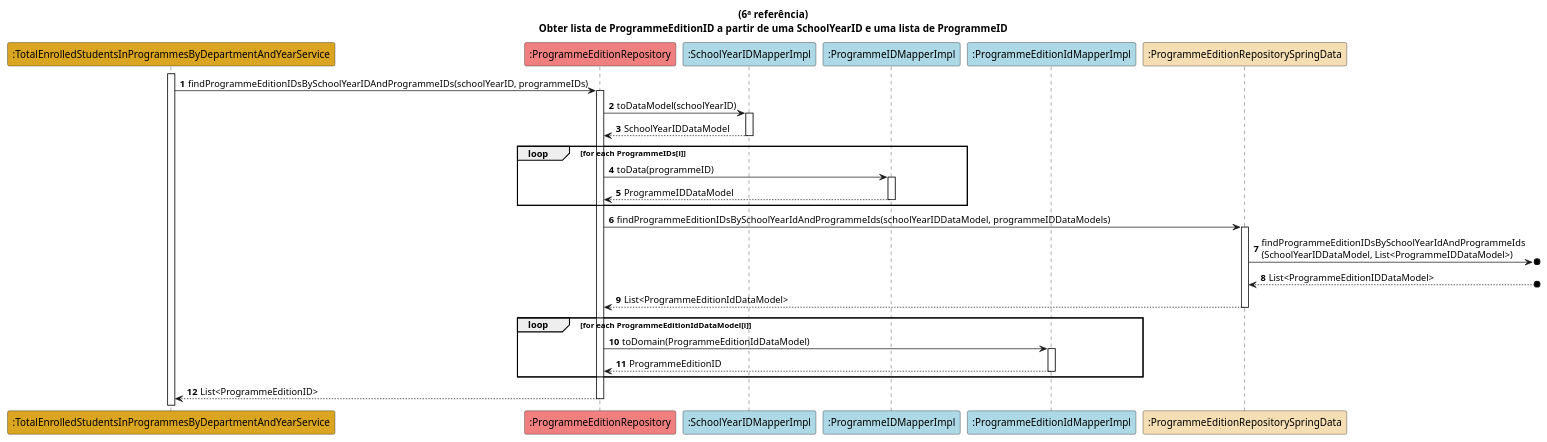
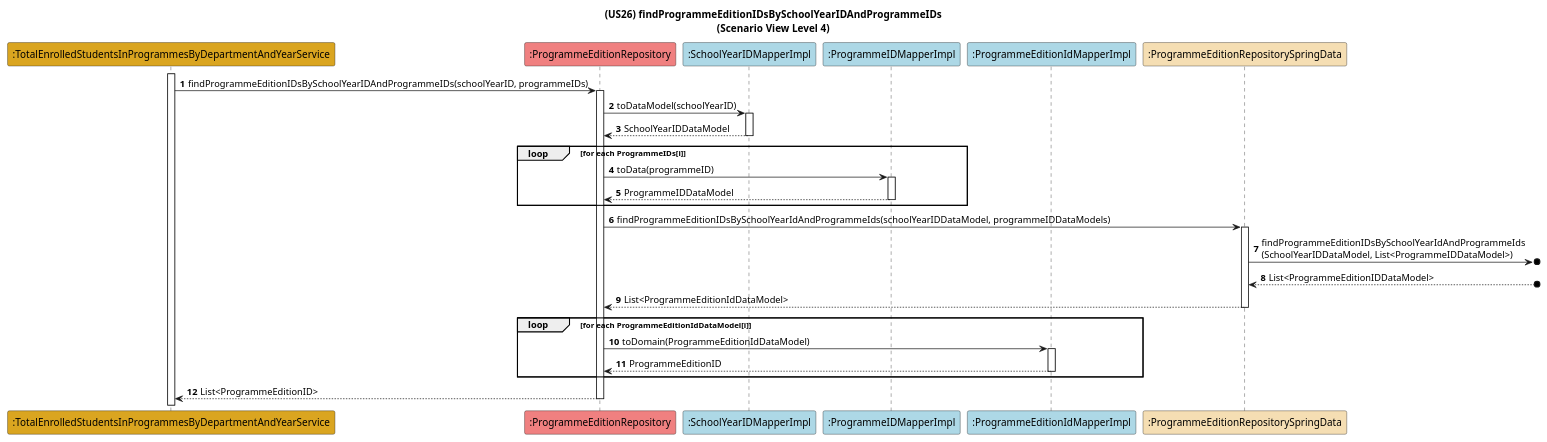
Before and after one commit to GasparISEP/DevOps-PAI: the diagram in docs/US26/Sprint6_RestAPI/ScenarioView/References/Ref-findProgrammeEditionBySchoolYearAndProgrammes.puml, drawn with PlantUML. The commit also changed 2 other files, not shown here.

Commit message:
docs: add scenario view Level 4 for US26 (get List<ProgrammeEditionEnrolment>). Refs #687

```diff
--- a/docs/US26/Sprint6_RestAPI/ScenarioView/References/Ref-findProgrammeEditionBySchoolYearAndProgrammes.puml
+++ b/docs/US26/Sprint6_RestAPI/ScenarioView/References/Ref-findProgrammeEditionBySchoolYearAndProgrammes.puml
@@ -1,37 +1,37 @@
 @startuml
-title: (6ª referência)\nObter lista de ProgrammeEditionID a partir de uma SchoolYearID e uma lista de ProgrammeID
+title: (US26) findProgrammeEditionIDsBySchoolYearIDAndProgrammeIDs\n(Scenario View Level 4)
 
 autonumber
 
 participant ":TotalEnrolledStudentsInProgrammesByDepartmentAndYearService" as S #goldenrod
 participant ":ProgrammeEditionRepository" as programmeEditionRepository #lightcoral
 participant ":SchoolYearIDMapperImpl" as schoolYearIDMapper #lightblue
 participant ":ProgrammeIDMapperImpl" as programmeIDMapper #lightblue
 
 participant ":ProgrammeEditionIdMapperImpl" as programmeEditionIdMapper #lightblue
 participant ":ProgrammeEditionRepositorySpringData" as springRepo #wheat
 
 activate S
 S -> programmeEditionRepository ++ : findProgrammeEditionIDsBySchoolYearIDAndProgrammeIDs(schoolYearID, programmeIDs)
 
 programmeEditionRepository -> schoolYearIDMapper ++ : toDataModel(schoolYearID)
 schoolYearIDMapper --> programmeEditionRepository --: SchoolYearIDDataModel
 
 loop for each ProgrammeIDs[i]
     programmeEditionRepository -> programmeIDMapper ++ : toData(programmeID)
     programmeIDMapper --> programmeEditionRepository --: ProgrammeIDDataModel
 end
 
 programmeEditionRepository -> springRepo ++ : findProgrammeEditionIDsBySchoolYearIdAndProgrammeIds(schoolYearIDDataModel, programmeIDDataModels)
 springRepo ->o]: findProgrammeEditionIDsBySchoolYearIdAndProgrammeIds\n(SchoolYearIDDataModel, List<ProgrammeIDDataModel>)
 springRepo <--o]: List<ProgrammeEditionIDDataModel>
 springRepo --> programmeEditionRepository --: List<ProgrammeEditionIdDataModel>
 
 loop for each ProgrammeEditionIdDataModel[i]
     programmeEditionRepository -> programmeEditionIdMapper ++ : toDomain(ProgrammeEditionIdDataModel)
     programmeEditionIdMapper --> programmeEditionRepository --: ProgrammeEditionID
 end
 
 programmeEditionRepository --> S --: List<ProgrammeEditionID>
 
 @enduml
```
